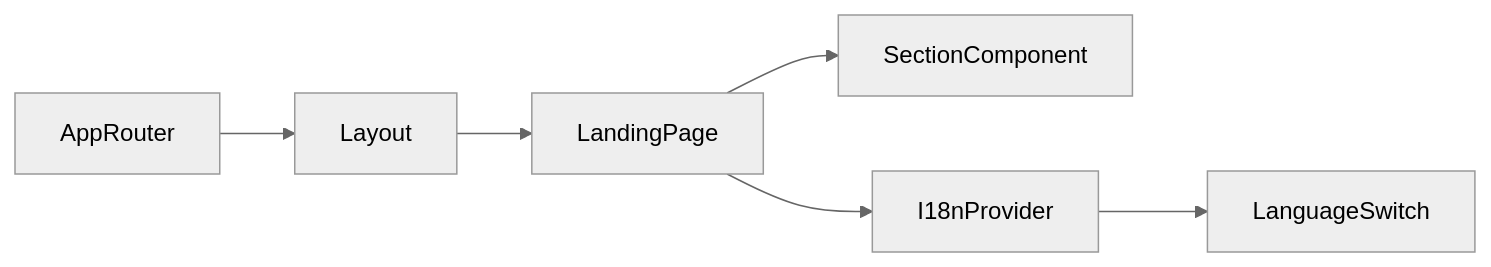
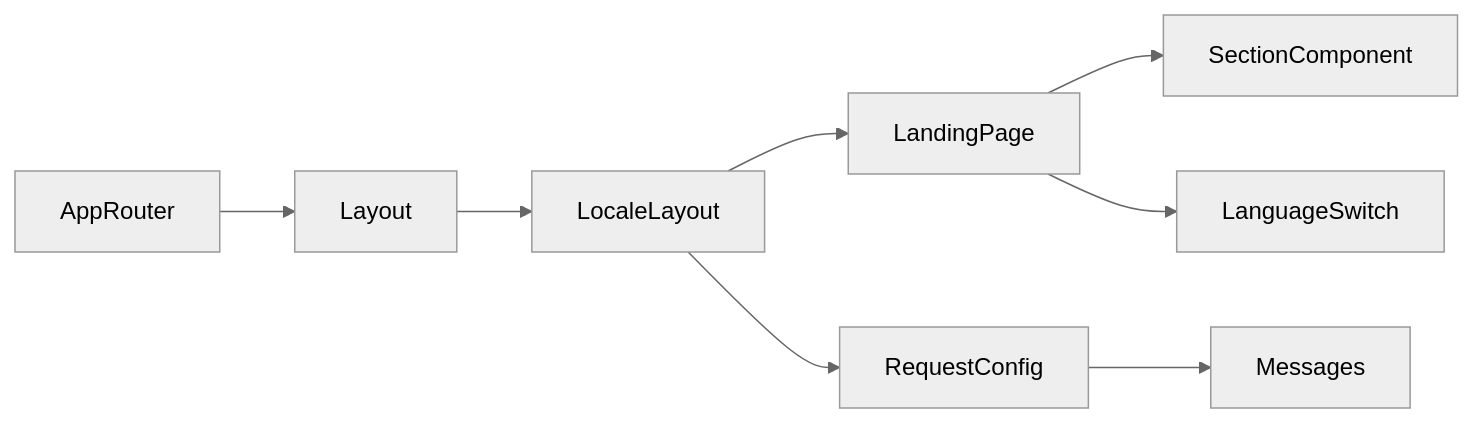
Before and after one commit to ipavic933-spec/website-pavic: the diagram in lode/terminology.md, drawn with Mermaid (neutral theme). The commit also changed other lines of this file and 26 other files, not shown here.

````diff
--- a/lode/terminology.md
+++ b/lode/terminology.md
@@ -21,8 +23,10 @@
 ```mermaid
 graph LR
   AppRouter --> Layout
-  Layout --> LandingPage
+  Layout --> LocaleLayout
+  LocaleLayout --> LandingPage
   LandingPage --> SectionComponent
-  LandingPage --> I18nProvider
-  I18nProvider --> LanguageSwitch
+  LocaleLayout --> RequestConfig
+  RequestConfig --> Messages
+  LandingPage --> LanguageSwitch
 ```
````
